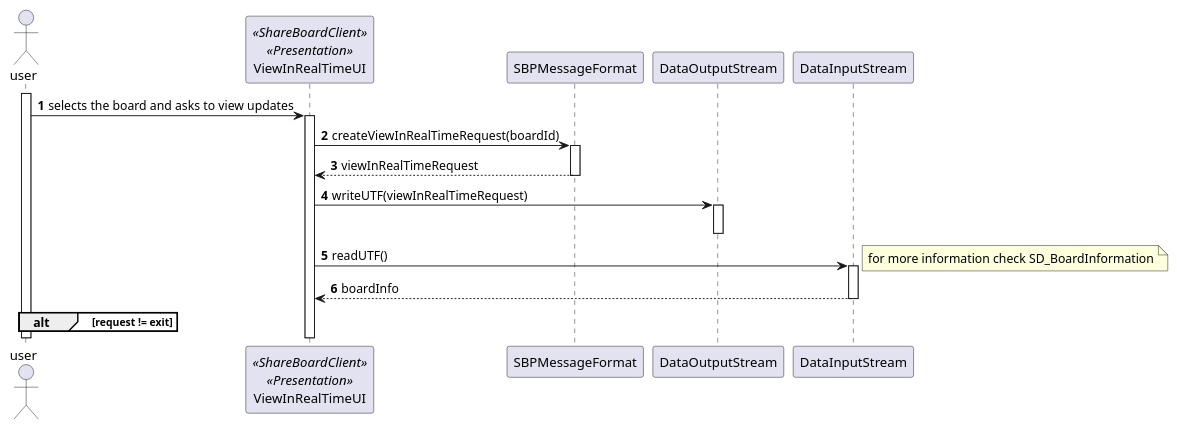
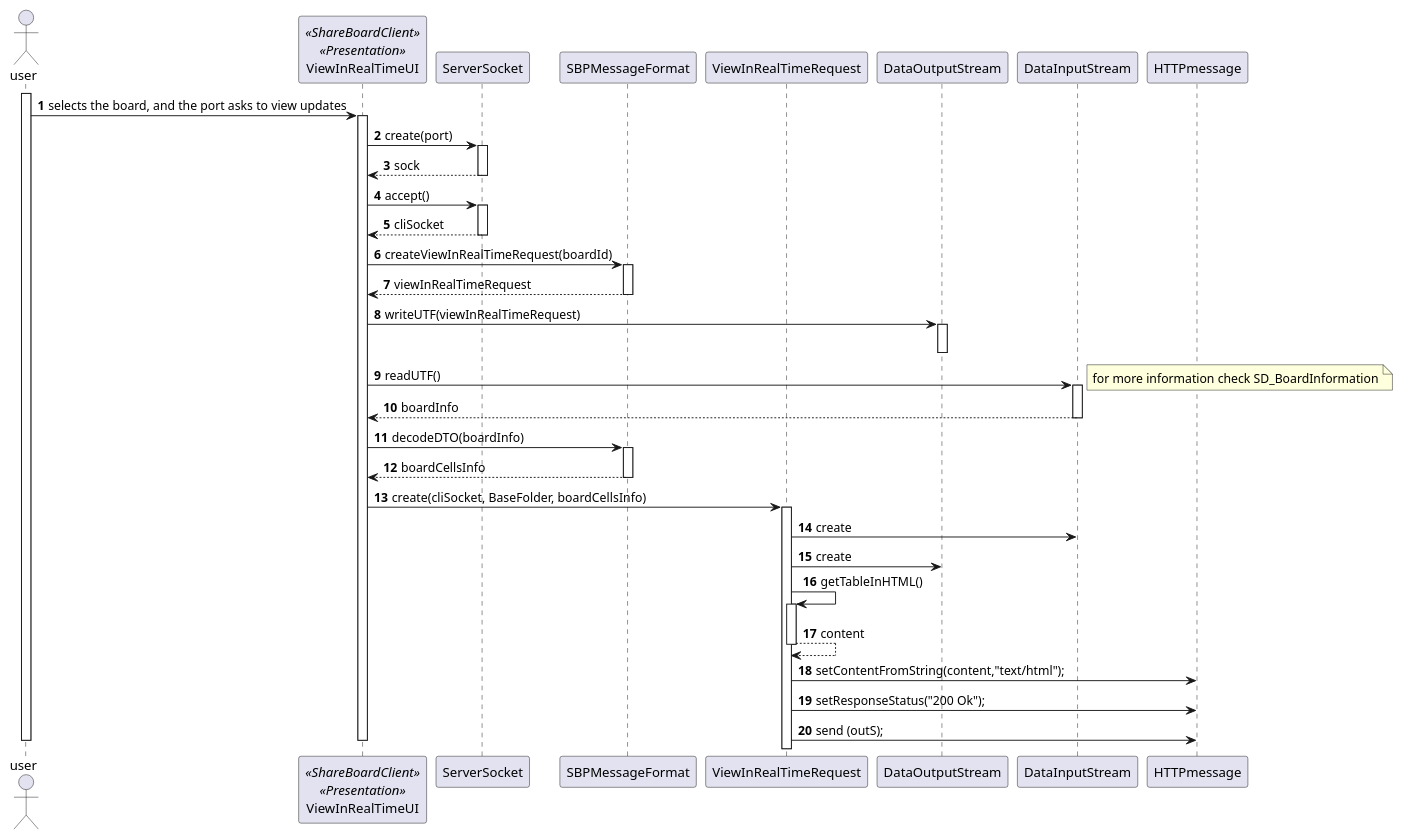
The diagram in docs/Sprint_C/us_3005/SD_RealTimeBoard.puml (Marco-Nobrega-Andrade/sem4pi_22_23), drawn with PlantUML before and after one commit. The commit also changed 3 other files, not shown here.

```diff
--- a/docs/Sprint_C/us_3005/SD_RealTimeBoard.puml
+++ b/docs/Sprint_C/us_3005/SD_RealTimeBoard.puml
@@ -1,42 +1,65 @@
 @startuml
 'https://plantuml.com/sequence-diagram
 
 autonumber
 
 actor user
 
 participant "ViewInRealTimeUI" as ui <<ShareBoardClient>> <<Presentation>>
+participant "ServerSocket" as ss
 participant "SBPMessageFormat" as sbpf
+participant "ViewInRealTimeRequest" as request
 participant "DataOutputStream" as dos
 participant "DataInputStream" as dis
+participant "HTTPmessage" as message
 
 activate user
 
-user -> ui: selects the board and asks to view updates
+user -> ui: selects the board, and the port asks to view updates
 activate ui
+
+
+ui -> ss: create(port)
+activate ss
+return sock
+ui -> ss: accept()
+activate ss
+return cliSocket
+
+
 ui -> sbpf: createViewInRealTimeRequest(boardId)
 activate sbpf
 sbpf --> ui: viewInRealTimeRequest
 deactivate sbpf
 ui -> dos: writeUTF(viewInRealTimeRequest)
 activate dos
 deactivate dos
 ui -> dis : readUTF()
 activate dis
 note right : for more information check SD_BoardInformation
 dis --> ui: boardInfo
 deactivate dis
 
-alt request != exit
+ui -> sbpf: decodeDTO(boardInfo)
+activate sbpf
+return boardCellsInfo
 
+ui -> request : create(cliSocket, BaseFolder, boardCellsInfo)
+activate request
+request -> dis: create
+request -> dos: create
 
+request -> request: getTableInHTML()
+activate request
+return content
 
-end
-
+request -> message: setContentFromString(content,"text/html");
+request -> message: setResponseStatus("200 Ok");
+request -> message: send (outS);
 
 
 
 deactivate ui
 
 deactivate user
 @enduml
```
